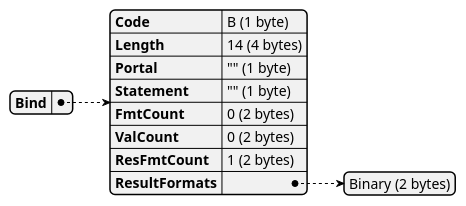
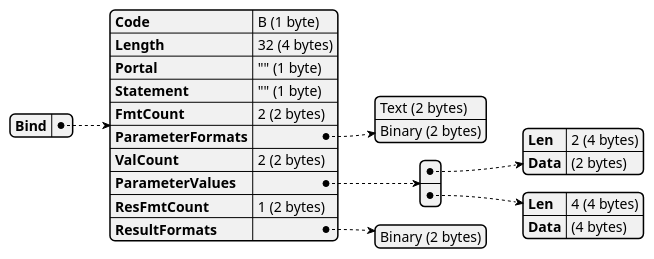
One commit to xfischer/pg_protoexport changed the second of 11 diagrams in docs/examples/exports/pagila-07-execute-with-maxrows-0-portalsuspended/capture.plantuml.pkt.md. Above: the diagram before and after it, drawn with PlantUML. The commit also changed other lines of this file and 135 other files, not shown here.

````diff
--- a/docs/examples/exports/pagila-07-execute-with-maxrows-0-portalsuspended/capture.plantuml.pkt.md
+++ b/docs/examples/exports/pagila-07-execute-with-maxrows-0-portalsuspended/capture.plantuml.pkt.md
@@ -18,18 +22,32 @@
 ```plantuml
 @startjson
 {
   "Bind": {
     "Code": "B (1 byte)",
-    "Length": "14 (4 bytes)",
+    "Length": "32 (4 bytes)",
     "Portal": "\"\" (1 byte)",
     "Statement": "\"\" (1 byte)",
-    "FmtCount": "0 (2 bytes)",
-    "ValCount": "0 (2 bytes)",
+    "FmtCount": "2 (2 bytes)",
+    "ParameterFormats": [
+      "Text (2 bytes)",
+      "Binary (2 bytes)"
+    ],
+    "ValCount": "2 (2 bytes)",
+    "ParameterValues": [
+      {
+        "Len": "2 (4 bytes)",
+        "Data": "(2 bytes)"
+      },
+      {
+        "Len": "4 (4 bytes)",
+        "Data": "(4 bytes)"
+      }
+    ],
     "ResFmtCount": "1 (2 bytes)",
     "ResultFormats": [
       "Binary (2 bytes)"
     ]
   }
 }
 @endjson
 ```
````
